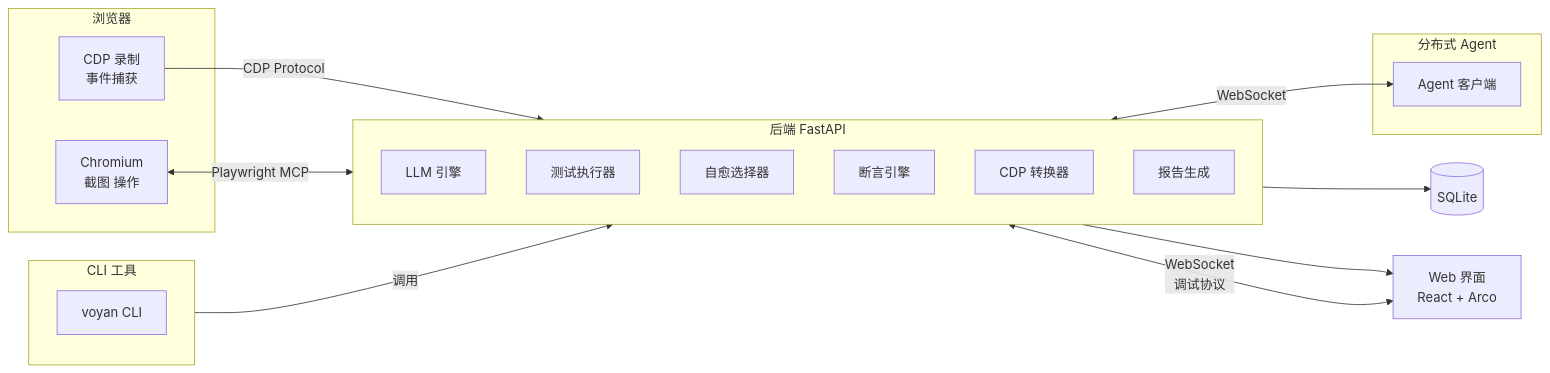
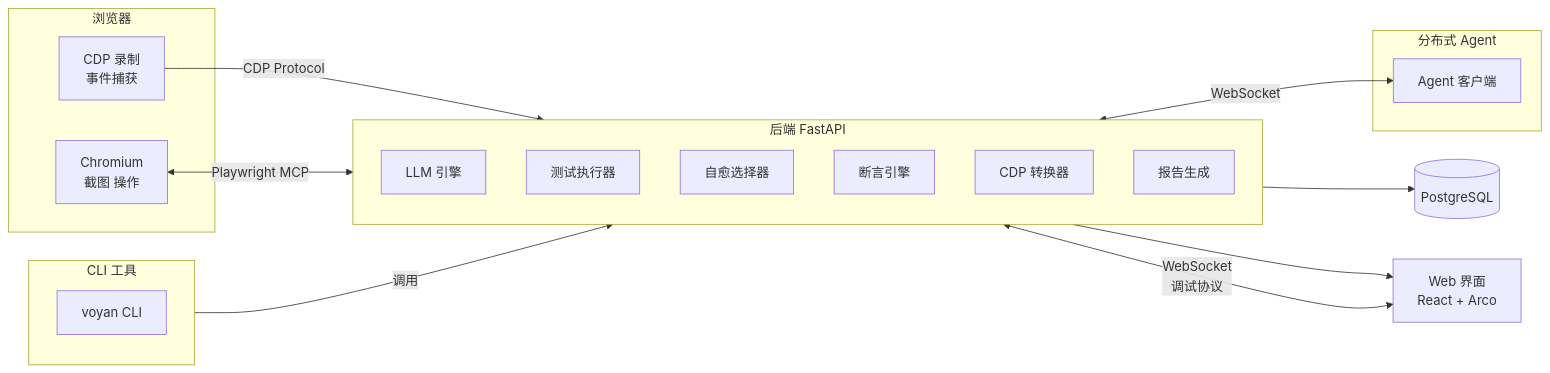
One commit to BerylliumMan/VoyanTest changed the diagram in README.md. Above: the diagram before and after it, drawn with Mermaid. The commit also changed other lines of this file and 1 other file, not shown here.

````diff
--- a/README.md
+++ b/README.md
@@ -211,30 +222,30 @@
 ```mermaid
 flowchart LR
     subgraph Browser["浏览器"]
         CH[Chromium<br/>截图 操作]
         CDP[CDP 录制<br/>事件捕获]
     end
     subgraph Backend["后端 FastAPI"]
         direction TB
         LLM[LLM 引擎]
         Runner[测试执行器]
         Healing[自愈选择器]
         Assert[断言引擎]
         CDPConv[CDP 转换器]
         Report[报告生成]
     end
     subgraph Agent["分布式 Agent"]
         AC[Agent 客户端]
     end
     subgraph CLI["CLI 工具"]
         VY[voyan CLI]
     end
 
     CH <-->|Playwright MCP| Backend
     CDP -->|CDP Protocol| CDPConv
-    Backend --> DB[(SQLite)]
+    Backend --> DB[(PostgreSQL)]
     Backend --> UI[Web 界面<br/>React + Arco]
     Backend <-->|WebSocket<br/>调试协议| UI
     Backend <-->|WebSocket| AC
     CLI -->|调用| Backend
 ```
````
